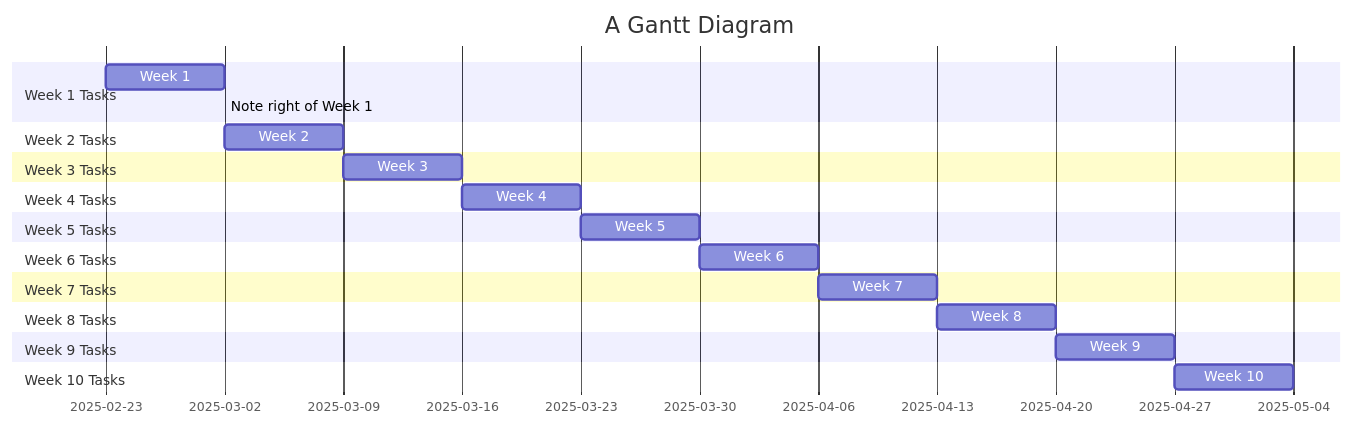
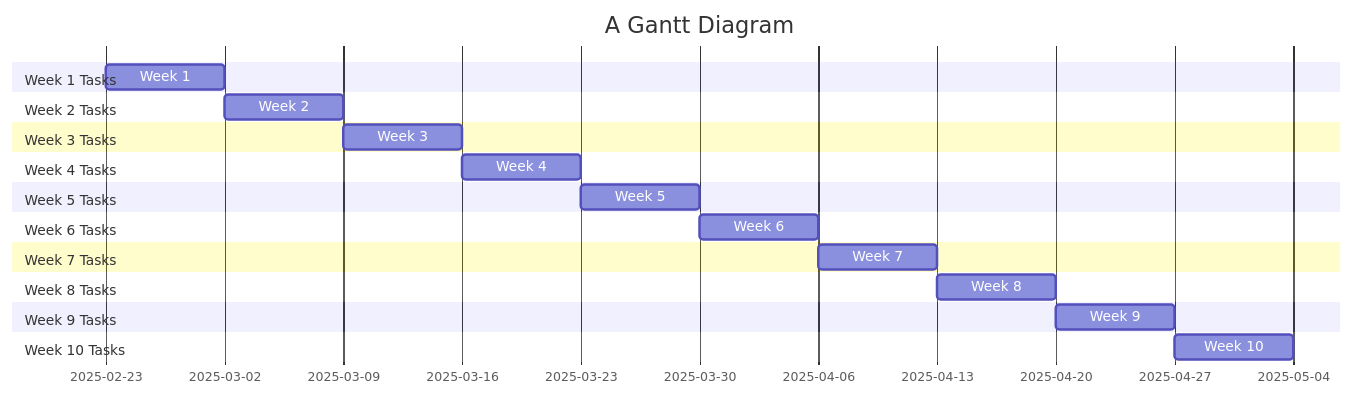
One commit to Tukonoma/UNVS-190---Group-2 changed the diagram in Timeline.md. Above: the diagram before and after it, drawn with Mermaid. The commit also changed other lines of this file, not shown here.

Commit message:
Timeline.md

````diff
--- a/Timeline.md
+++ b/Timeline.md
@@ -1,40 +1,39 @@
 ```mermaid
 gantt
     title A Gantt Diagram
     dateFormat YYYY-MM-DD
     section Week 1 Tasks
         Week 1        :a1, 2025-02-23, 7d
-       Note right of Week 1: Researching different data centers and study the different legends for all necessary parts on Autocad
 
     section Week 2 Tasks
         Week 2 :2025-03-02, 7d
 
 
     section Week 3 Tasks
         Week 3          :2025-03-09, 7d
 
 
     section Week 4 Tasks
         Week 4          :2025-03-16, 7d
    
     section Week 5 Tasks
         Week 5          :2025-03-23, 7d
   section Week 6 Tasks
         Week 6      :2025-03-30, 7d
        
     section Week 7 Tasks
         Week 7      :2025-04-06, 7d
        
     section Week 8 Tasks
         Week 8      :2025-04-13, 7d
 
 
     section Week 9 Tasks
         Week 9      :2025-04-20, 7d
 
 
     section Week 10 Tasks
         Week 10     :2025-04-27, 7d
 
 
 ```
````
